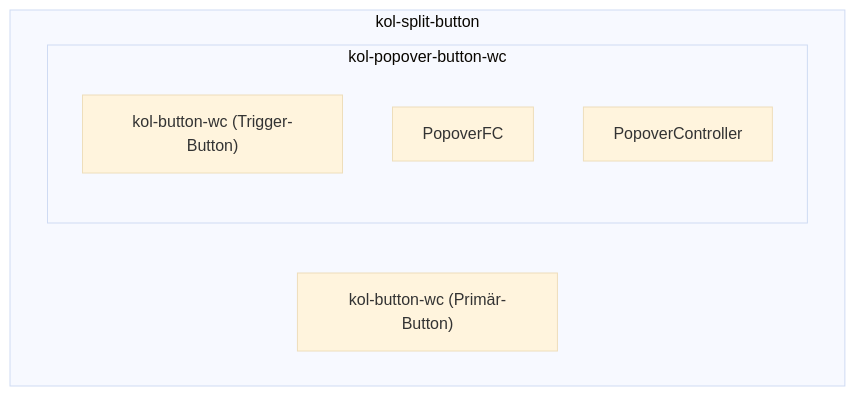
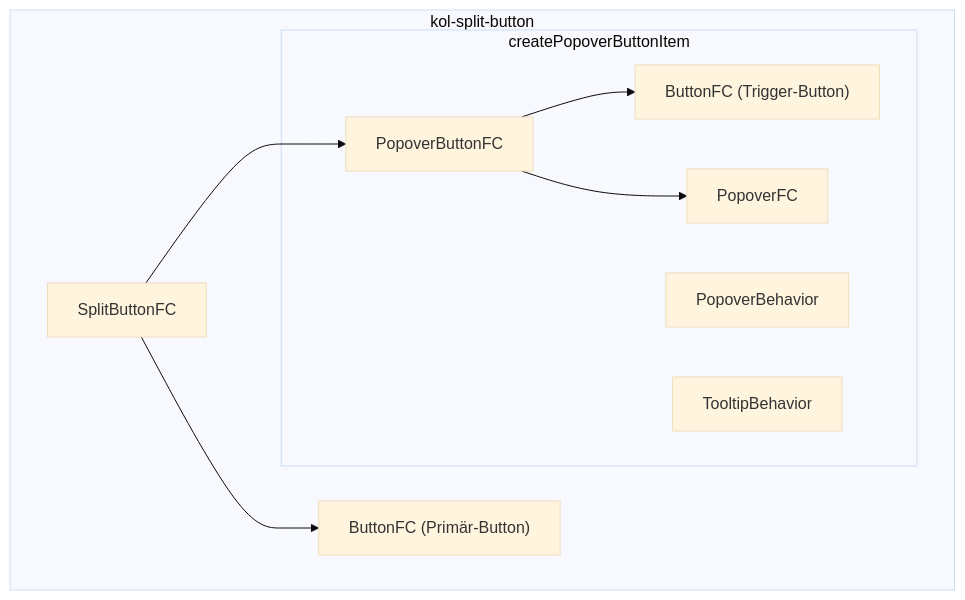
Before and after one commit to public-ui/kolibri: the diagram in docs/component-dependencies-popover.md, drawn with Mermaid (base theme). The commit also changed other lines of this file and 6 other files, not shown here.

First line of the commit message:
refactor(components): turn the popover controller into a PopoverBehavior

````diff
--- a/docs/component-dependencies-popover.md
+++ b/docs/component-dependencies-popover.md
@@ -5,11 +5,18 @@
 ```mermaid
 graph TB
     subgraph SB["kol-split-button"]
-        BTN1["kol-button-wc (Primär-Button)"]
-        subgraph PB_WC["kol-popover-button-wc"]
-            BTN2["kol-button-wc (Trigger-Button)"]
+        SBFC["SplitButtonFC"]
+        BTN1["ButtonFC (Primär-Button)"]
+        subgraph ITEM["createPopoverButtonItem"]
+            PBFC["PopoverButtonFC"]
+            BTN2["ButtonFC (Trigger-Button)"]
             PFC["PopoverFC"]
-            PCTRL["PopoverController"]
+            PB["PopoverBehavior"]
+            TB["TooltipBehavior"]
         end
     end
+    SBFC --> BTN1
+    SBFC --> PBFC
+    PBFC --> BTN2
+    PBFC --> PFC
 ```
````
